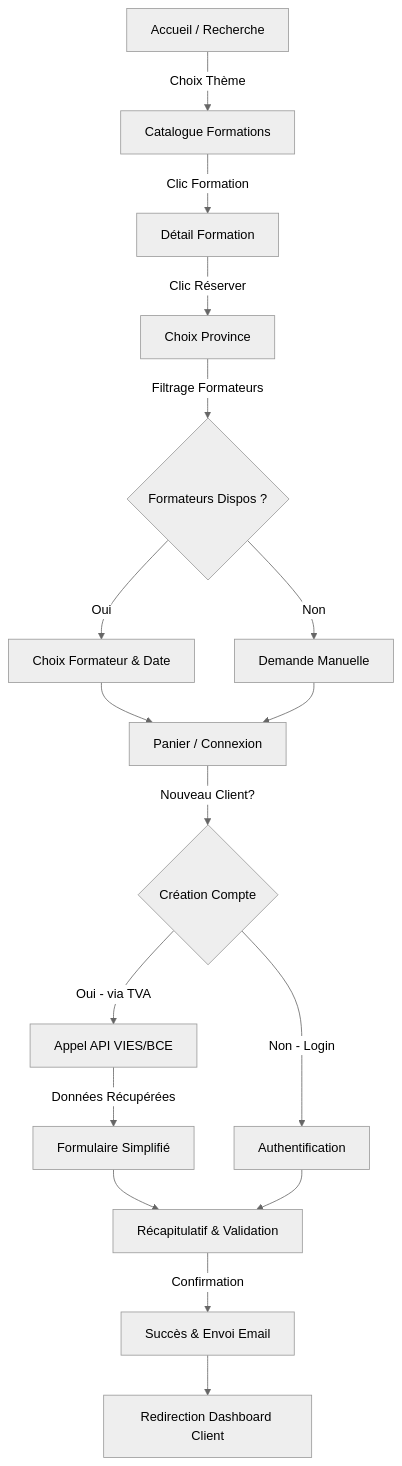
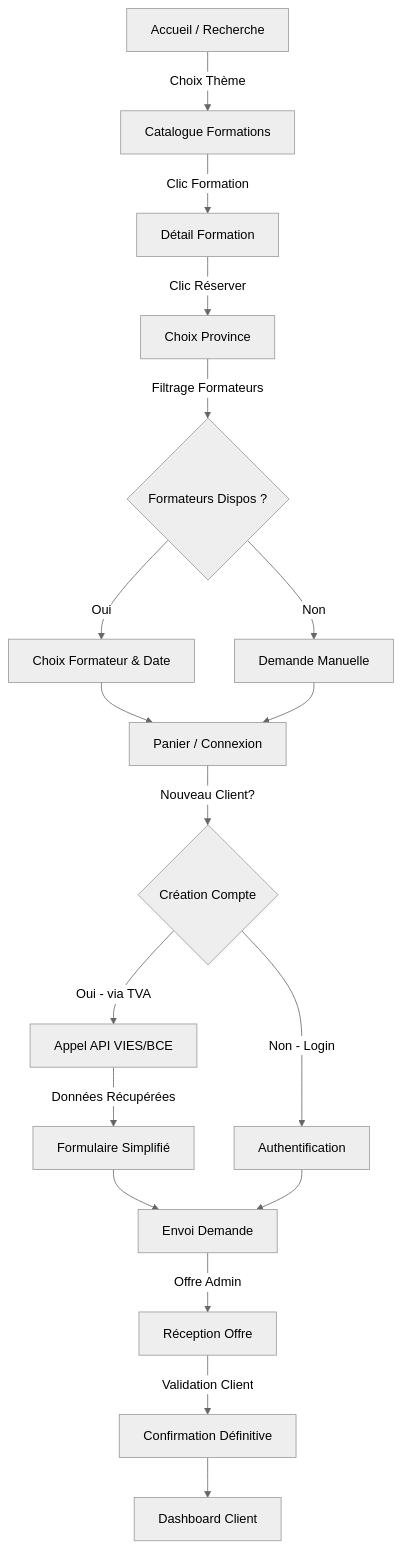
Before and after one commit to Ganngann/form-act: the first of 2 diagrams in docs/03_wireframes_fonctionnels.md, drawn with Mermaid (neutral theme). The commit also changed other lines of this file and 2 other files, not shown here.

````diff
--- a/docs/03_wireframes_fonctionnels.md
+++ b/docs/03_wireframes_fonctionnels.md
@@ -12,19 +12,20 @@
 ```mermaid
 graph TD
     A[Accueil / Recherche] -->|Choix Thème| B[Catalogue Formations]
     B -->|Clic Formation| C[Détail Formation]
     C -->|Clic Réserver| C1[Choix Province]
     C1 -->|Filtrage Formateurs| C2{Formateurs Dispos ?}
     C2 -->|Oui| C3[Choix Formateur & Date]
     C2 -->|Non| C4[Demande Manuelle]
     C3 --> D[Panier / Connexion]
     C4 --> D
     D -->|Nouveau Client?| E{Création Compte}
     E -->|Oui - via TVA| F[Appel API VIES/BCE]
     F -->|Données Récupérées| G[Formulaire Simplifié]
     E -->|Non - Login| H[Authentification]
-    G --> I[Récapitulatif & Validation]
+    G --> I[Envoi Demande]
     H --> I
-    I -->|Confirmation| J[Succès & Envoi Email]
-    J --> K[Redirection Dashboard Client]
+    I -->|Offre Admin| J[Réception Offre]
+    J -->|Validation Client| K[Confirmation Définitive]
+    K --> L[Dashboard Client]
 ```
````
